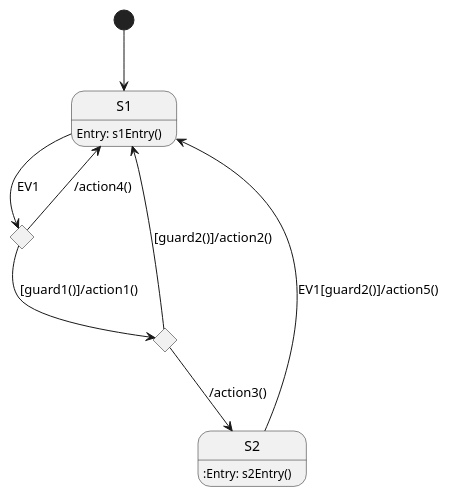
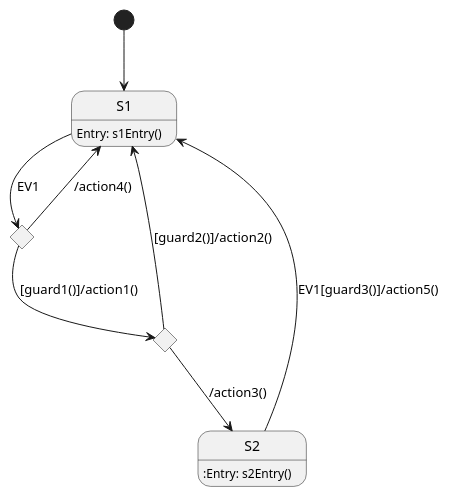
The diagram in testharness/Simple.plantuml (JPLOpenSource/STARS), drawn with PlantUML before and after one commit. The commit also changed 2 other files, not shown here.

```diff
--- a/testharness/Simple.plantuml
+++ b/testharness/Simple.plantuml
@@ -2,21 +2,21 @@
 @startuml
 
 [*] --> S1
 
 state S1 {
     S1:Entry: s1Entry()
 }
 
 state S2 {
     S2::Entry: s2Entry()
 }
 
 state c1 <<choice>>
 state c2 <<choice>>
 S1 --> c1 : EV1
 c1 --> c2 : [guard1()]/action1()
 c1 --> S1 : /action4()
 c2 --> S1 : [guard2()]/action2()
 c2 --> S2 : /action3()
-S2 --> S1 : EV1[guard2()]/action5()
+S2 --> S1 : EV1[guard3()]/action5()
 @enduml
```
